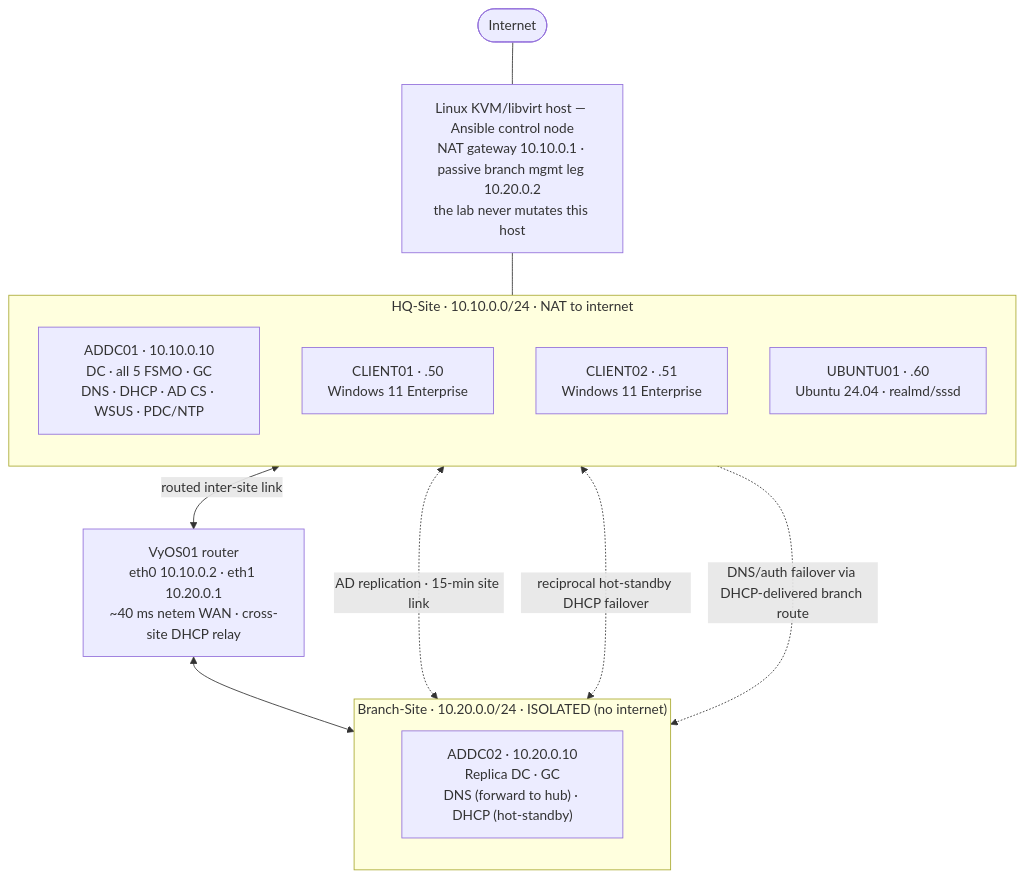
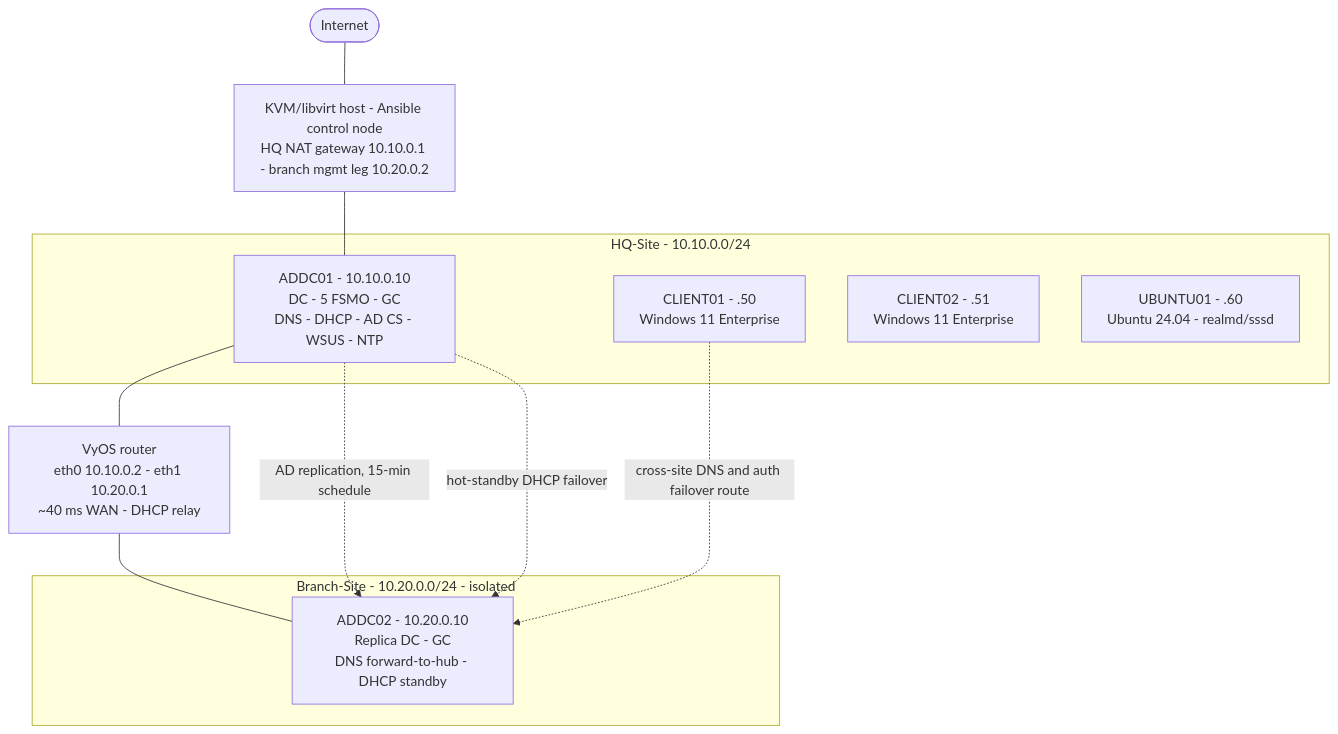
One commit to marky224/windows-ad-ansible-kvm changed the first of 2 diagrams in README.md. Above: the diagram before and after it, drawn with Mermaid. The commit also changed other lines of this file, not shown here.

````diff
--- a/README.md
+++ b/README.md
@@ -30,28 +44,26 @@
 ```mermaid
 flowchart TB
     INET([Internet])
-    HOST["Linux KVM/libvirt host — Ansible control node<br/>NAT gateway 10.10.0.1 · passive branch mgmt leg 10.20.0.2<br/>the lab never mutates this host"]
+    HOST["KVM/libvirt host - Ansible control node<br/>HQ NAT gateway 10.10.0.1 - branch mgmt leg 10.20.0.2"]
+    INET --- HOST
 
-    subgraph HQ["HQ-Site · 10.10.0.0/24 · NAT to internet"]
-        direction TB
-        ADDC01["ADDC01 · 10.10.0.10<br/>DC · all 5 FSMO · GC<br/>DNS · DHCP · AD CS · WSUS · PDC/NTP"]
-        C1["CLIENT01 · .50<br/>Windows 11 Enterprise"]
-        C2["CLIENT02 · .51<br/>Windows 11 Enterprise"]
-        U1["UBUNTU01 · .60<br/>Ubuntu 24.04 · realmd/sssd"]
+    subgraph HQ["HQ-Site - 10.10.0.0/24"]
+        ADDC01["ADDC01 - 10.10.0.10<br/>DC - 5 FSMO - GC<br/>DNS - DHCP - AD CS - WSUS - NTP"]
+        C1["CLIENT01 - .50<br/>Windows 11 Enterprise"]
+        C2["CLIENT02 - .51<br/>Windows 11 Enterprise"]
+        U1["UBUNTU01 - .60<br/>Ubuntu 24.04 - realmd/sssd"]
     end
 
-    subgraph BR["Branch-Site · 10.20.0.0/24 · ISOLATED (no internet)"]
-        direction TB
-        ADDC02["ADDC02 · 10.20.0.10<br/>Replica DC · GC<br/>DNS (forward to hub) · DHCP (hot-standby)"]
+    subgraph BR["Branch-Site - 10.20.0.0/24 - isolated"]
+        ADDC02["ADDC02 - 10.20.0.10<br/>Replica DC - GC<br/>DNS forward-to-hub - DHCP standby"]
     end
 
-    VYOS["VyOS01 router<br/>eth0 10.10.0.2 · eth1 10.20.0.1<br/>~40 ms netem WAN · cross-site DHCP relay"]
+    VYOS["VyOS router<br/>eth0 10.10.0.2 - eth1 10.20.0.1<br/>~40 ms WAN - DHCP relay"]
 
-    INET --- HOST
-    HOST --- HQ
-    HQ <-->|routed inter-site link| VYOS
-    VYOS <--> BR
-    ADDC01 <-.->|AD replication · 15-min site link| ADDC02
-    ADDC01 <-.->|reciprocal hot-standby DHCP failover| ADDC02
-    C1 -.->|DNS/auth failover via DHCP-delivered branch route| ADDC02
+    HOST --- ADDC01
+    ADDC01 --- VYOS
+    VYOS --- ADDC02
+    ADDC01 -.->|AD replication, 15-min schedule| ADDC02
+    ADDC01 -.->|hot-standby DHCP failover| ADDC02
+    C1 -.->|cross-site DNS and auth failover route| ADDC02
 ```
````
